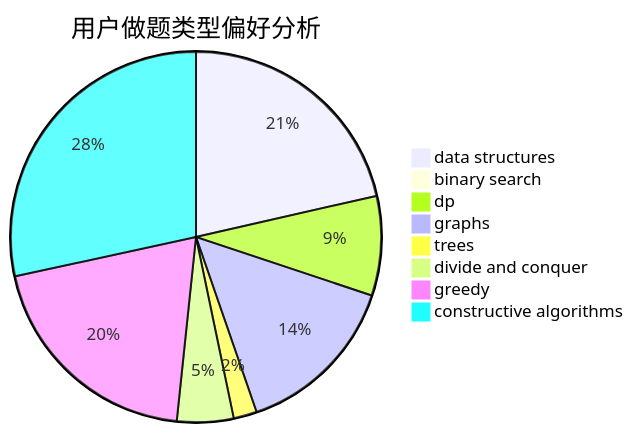
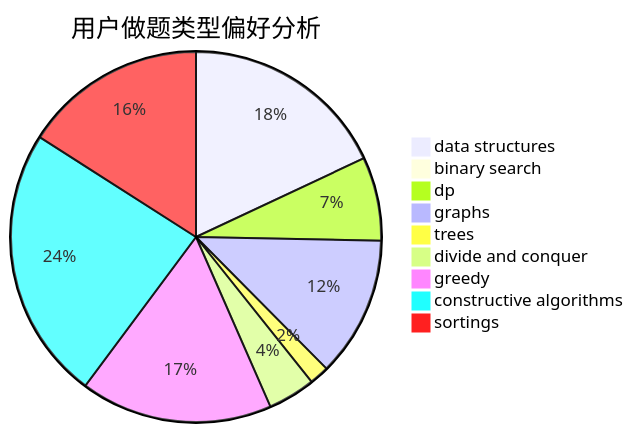
The second of 3 diagrams in docs/user/u340.md (sherpahu/cfrs.github.io), drawn with Mermaid before and after one commit. The commit also changed other lines of this file and 2769 other files, not shown here.

````diff
--- a/docs/user/u340.md
+++ b/docs/user/u340.md
@@ -23,11 +18,12 @@
 ```mermaid
 pie title 用户做题类型偏好分析
     "data structures" :  200
     "binary search" :  8
     "dp" :  81
     "graphs" :  136
     "trees" :  19
     "divide and conquer" :  46
     "greedy" :  186
     "constructive algorithms" :  265
+    "sortings" :  177
 ```
````
